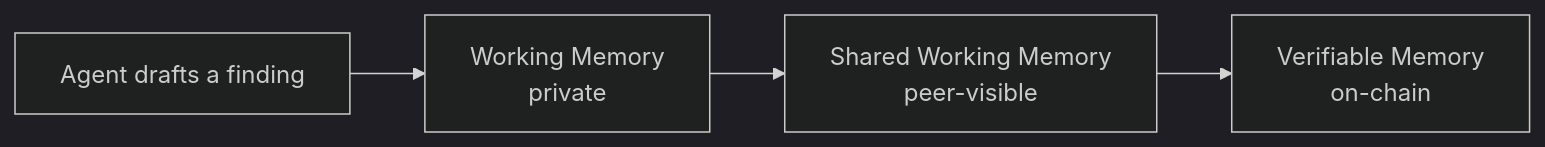
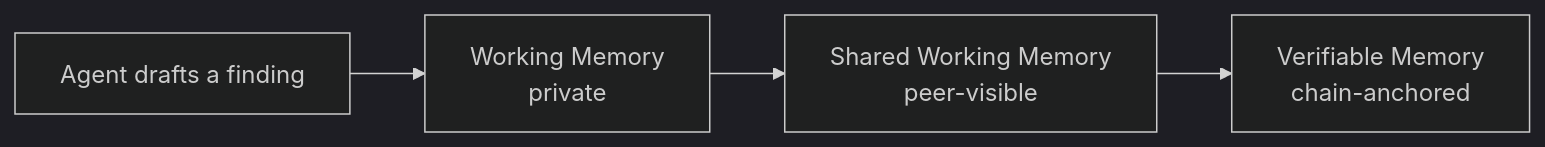
One commit to OriginTrail/dkg changed the diagram in docs/README.md. Above: the diagram before and after it, drawn with Mermaid (dark theme). The commit also changed other lines of this file and 16 other files, not shown here.

````diff
--- a/docs/README.md
+++ b/docs/README.md
@@ -58,6 +58,6 @@
 ```mermaid
 flowchart LR
   A["Agent drafts a finding"] --> WM["Working Memory<br/>private"]
   WM --> SWM["Shared Working Memory<br/>peer-visible"]
-  SWM --> VM["Verifiable Memory<br/>on-chain"]
+  SWM --> VM["Verifiable Memory<br/>chain-anchored"]
 ```
````
